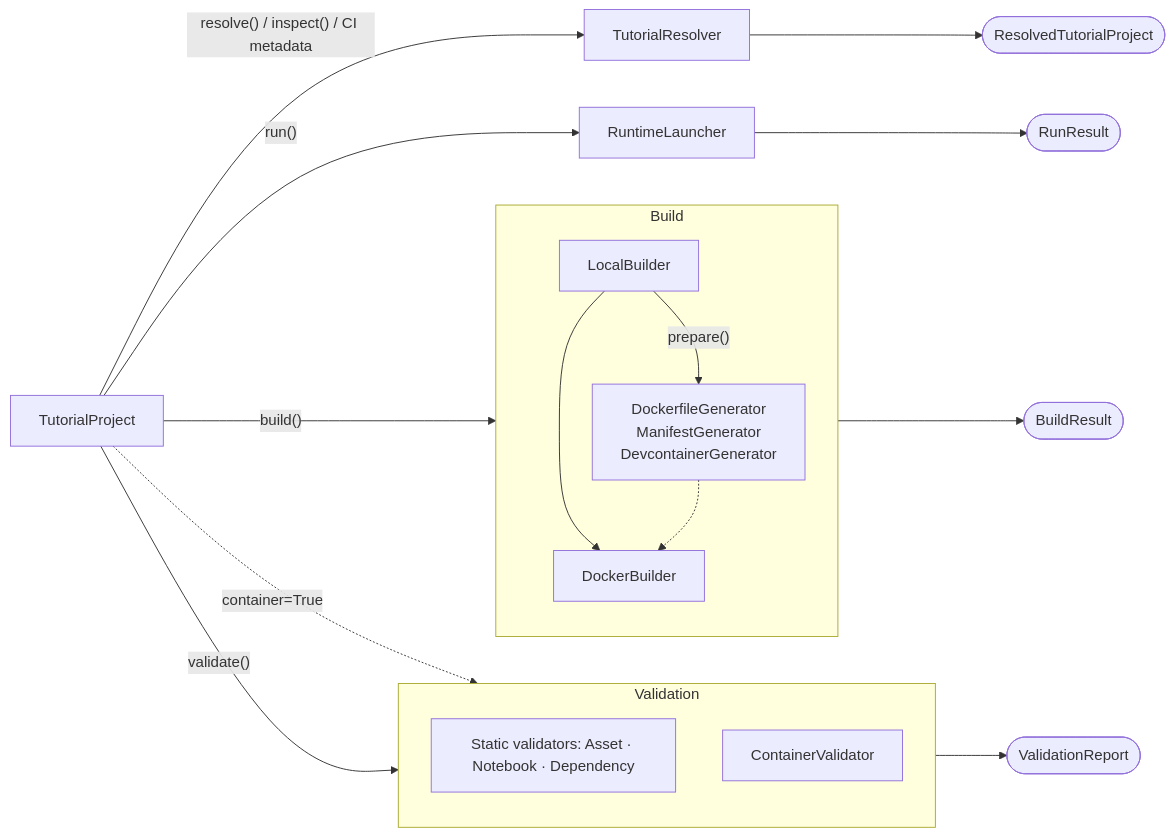
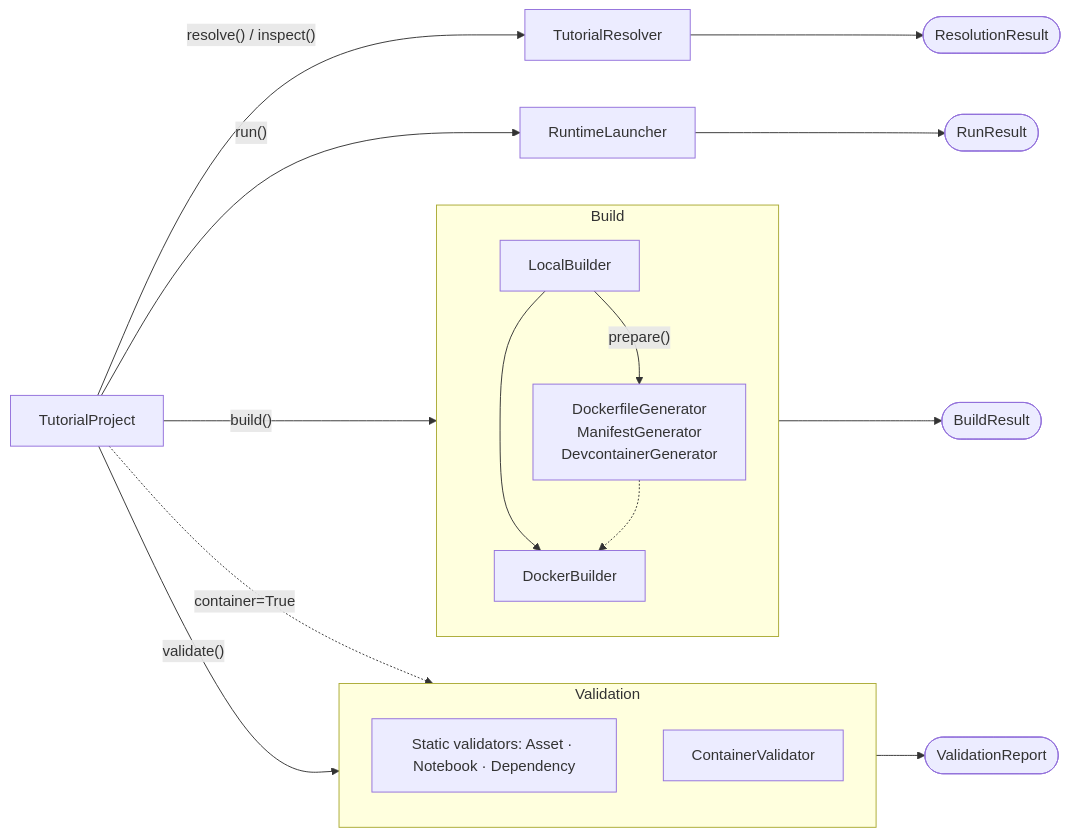
Before and after one commit to BNL-PESO-Hub/tutorial-sdk: the second of 4 diagrams in docs/architecture.md, drawn with Mermaid. The commit also changed other lines of this file and 19 other files, not shown here.

Commit message:
refactor: rename ResolvedTutorialProject to ResolutionResult and consolidate image resolution logic

````diff
--- a/docs/architecture.md
+++ b/docs/architecture.md
@@ -45,38 +45,41 @@
 ```mermaid
 flowchart LR
+
+    subgraph Validation["Validation"]
+        direction TD
+        StaticVal["Static validators: Asset · Notebook · Dependency"]
+        ContainerVal["ContainerValidator"]
+    end
 
     subgraph Build["Build"]
         direction TD
         LocalBuilder["LocalBuilder"]
         Generators["DockerfileGenerator<br/>ManifestGenerator<br/>DevcontainerGenerator"]
         DockerBuilder["DockerBuilder"]
         LocalBuilder -->|"prepare()"| Generators
         LocalBuilder --> DockerBuilder
         Generators -.-> DockerBuilder
     end
 
-    subgraph Validation["Validation"]
-        direction TD
-        StaticVal["Static validators: Asset · Notebook · Dependency"]
-        ContainerVal["ContainerValidator"]
-    end
-
     Project["TutorialProject"]
     Resolver["TutorialResolver"]
     Launcher["RuntimeLauncher"]
 
-    ResolvedProject(["ResolvedTutorialProject"])
+    ResolutionResult(["ResolutionResult"])
     BuildResult(["BuildResult"])
     Report(["ValidationReport"])
     RunResult(["RunResult"])
 
-    Project -->|"resolve() / inspect() / CI metadata"| Resolver
-    Resolver --> ResolvedProject
-    Project -->|"build()"| Build
-    Build --> BuildResult
+    Project -->|"resolve() / inspect()"| Resolver
+    Resolver --> ResolutionResult
+
     Project -->|"validate()"| Validation
     Project -.->|"container=True"| ContainerVal
     Validation --> Report
+
+    Project -->|"build()"| Build
+    Build --> BuildResult
+
     Project -->|"run()"| Launcher
     Launcher --> RunResult
 ```
````
